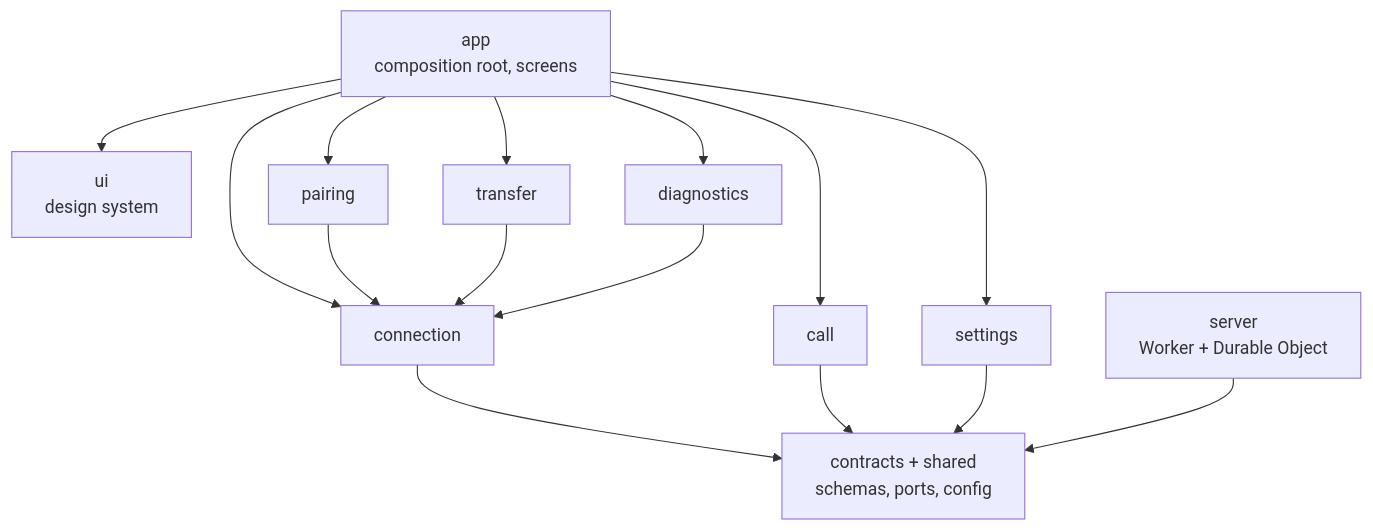
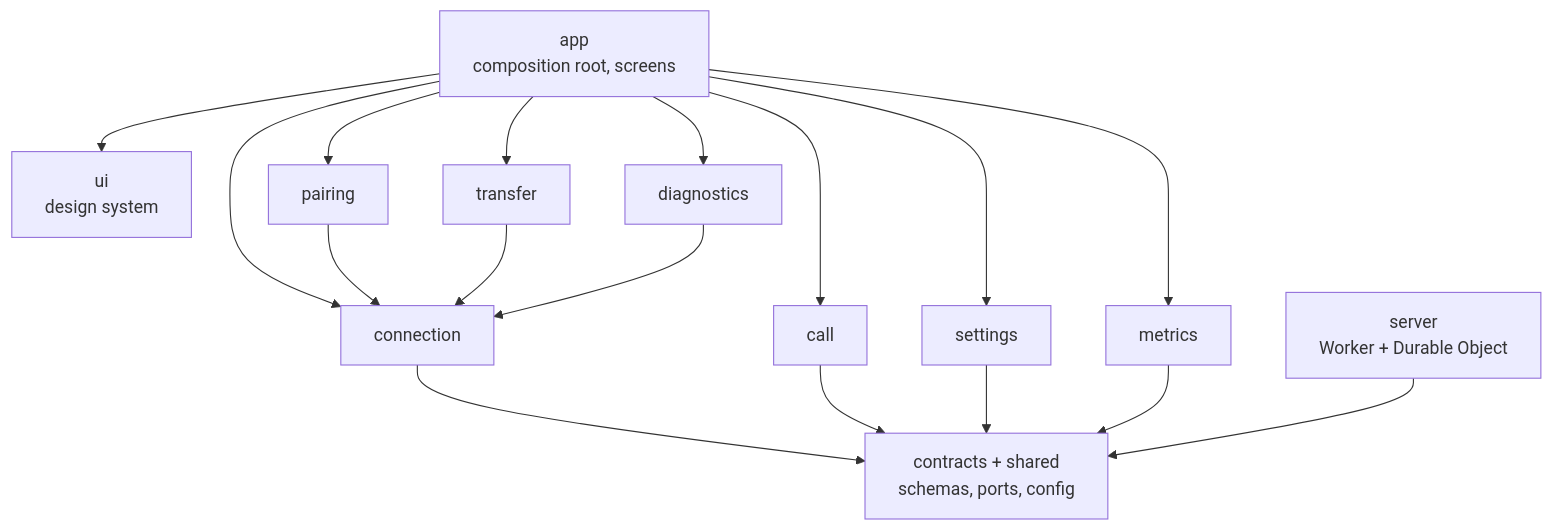
The third of 3 diagrams in README.md (hackeradhii/Dline), drawn with Mermaid before and after one commit. The commit also changed other lines of this file and 44 other files, not shown here.

````diff
--- a/README.md
+++ b/README.md
@@ -225,17 +257,19 @@
 ```mermaid
 flowchart TD
     App["app<br/>composition root, screens"] --> UI["ui<br/>design system"]
     App --> Pairing["pairing"]
     App --> Call["call"]
     App --> Transfer["transfer"]
     App --> Diagnostics["diagnostics"]
     App --> Settings["settings"]
+    App --> Metrics["metrics"]
     App --> Connection["connection"]
     Pairing --> Connection
     Transfer --> Connection
     Diagnostics --> Connection
     Connection --> Base["contracts + shared<br/>schemas, ports, config"]
     Call --> Base
     Settings --> Base
+    Metrics --> Base
     Server["server<br/>Worker + Durable Object"] --> Base
 ```
````
